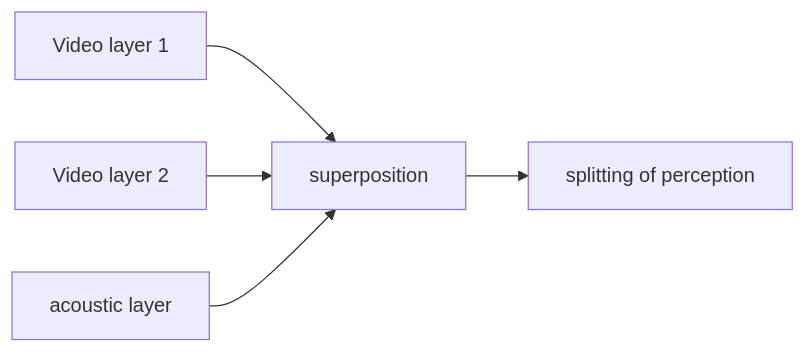
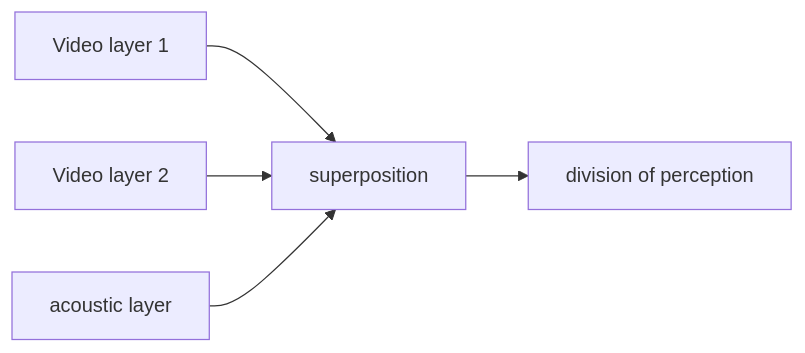
The seventh of 8 diagrams in en/_posts/2026-04-18-column-ryoji-ikeda.md (monumental-movement/monumental-movement.github.io), drawn with Mermaid before and after one commit. The commit also changed 460 other files, not shown here.

```diff
--- a/en/_posts/2026-04-18-column-ryoji-ikeda.md
+++ b/en/_posts/2026-04-18-column-ryoji-ikeda.md
@@ -216,7 +216,7 @@
 <div class="mermaid">
 graph LR
 A[Video layer 1] --> D[superposition]
 B[Video layer 2] --> D
 C[acoustic layer] --> D
-D --> E[splitting of perception]
+D --> E[division of perception]
 </div>
```
